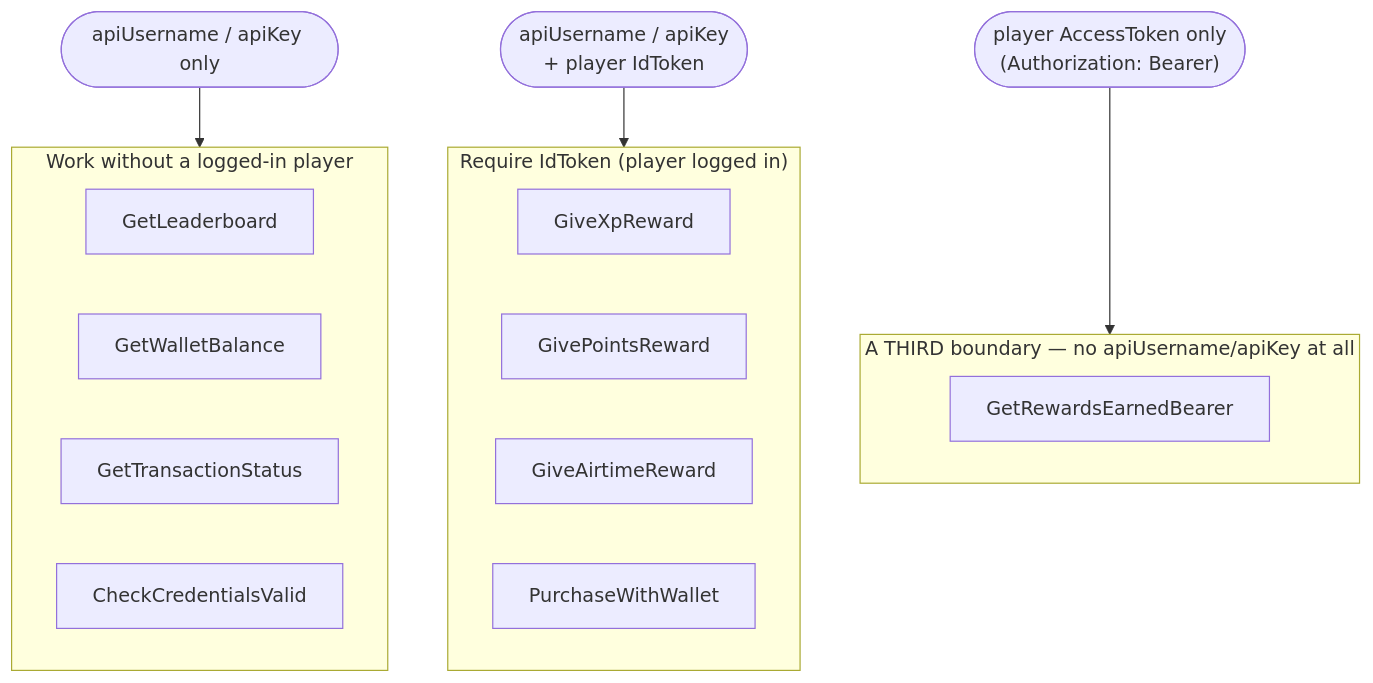
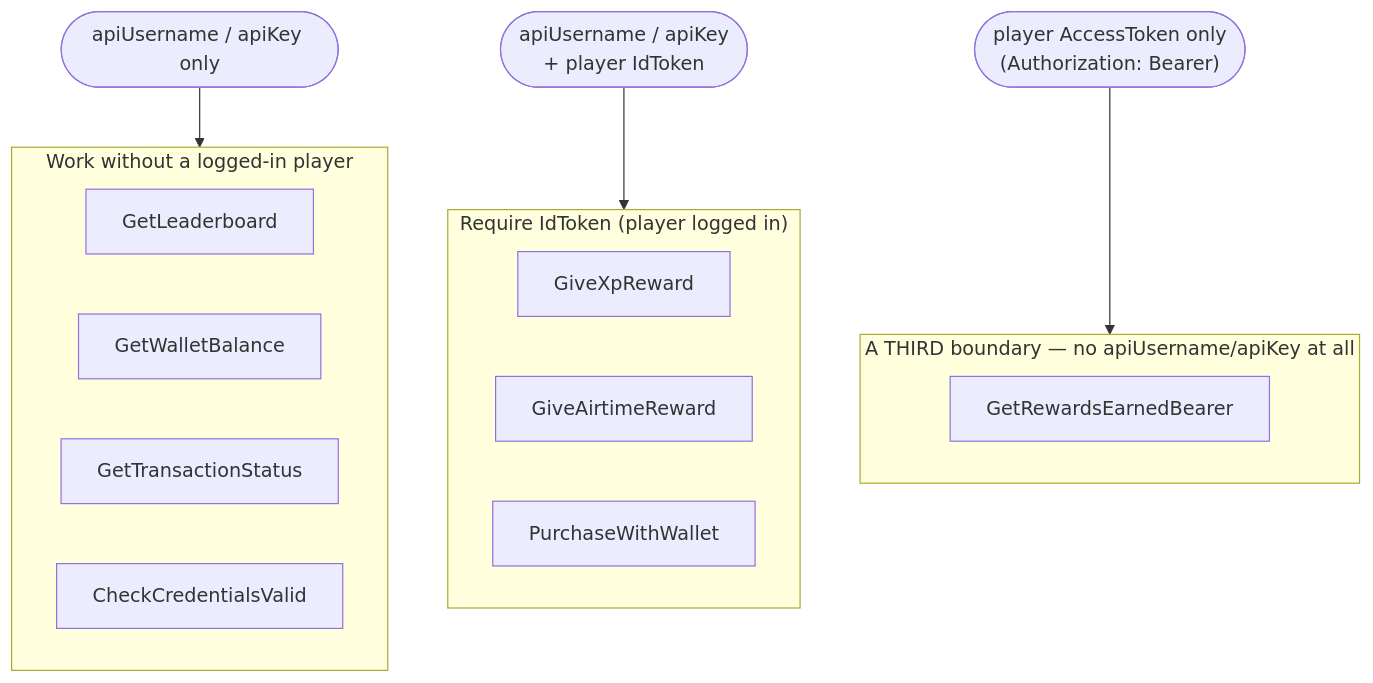
One commit to Jiwe-Studio/wallet-sdk-unity changed the second of 5 diagrams in README.md. Above: the diagram before and after it, drawn with Mermaid. The commit also changed other lines of this file and 4 other files, not shown here.

First line of the commit message:
Remove GivePointsReward (supersedes #6 on top of the rewrite)

````diff
--- a/README.md
+++ b/README.md
@@ -64,24 +64,23 @@
 ```mermaid
 flowchart TB
     subgraph NoLoginNeeded["Work without a logged-in player"]
         direction LR
         L1["GetLeaderboard"]
         L2["GetWalletBalance"]
         L3["GetTransactionStatus"]
         L4["CheckCredentialsValid"]
     end
     subgraph LoginRequired["Require IdToken (player logged in)"]
         direction LR
         R1["GiveXpReward"]
-        R2["GivePointsReward"]
-        R3["GiveAirtimeReward"]
-        R4["PurchaseWithWallet"]
+        R2["GiveAirtimeReward"]
+        R3["PurchaseWithWallet"]
     end
     subgraph BearerOnly["A THIRD boundary — no apiUsername/apiKey at all"]
         direction LR
         B1["GetRewardsEarnedBearer"]
     end
     Static(["apiUsername / apiKey only"]) --> NoLoginNeeded
     Token(["apiUsername / apiKey\n+ player IdToken"]) --> LoginRequired
     Bearer(["player AccessToken only\n(Authorization: Bearer)"]) --> BearerOnly
 ```
````
